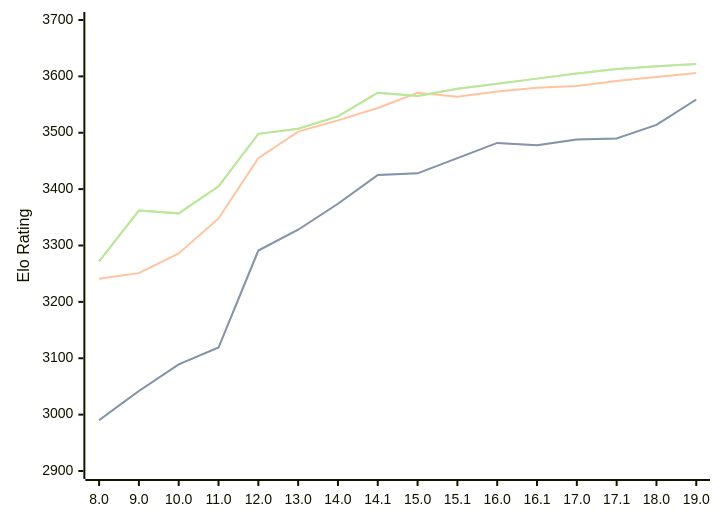
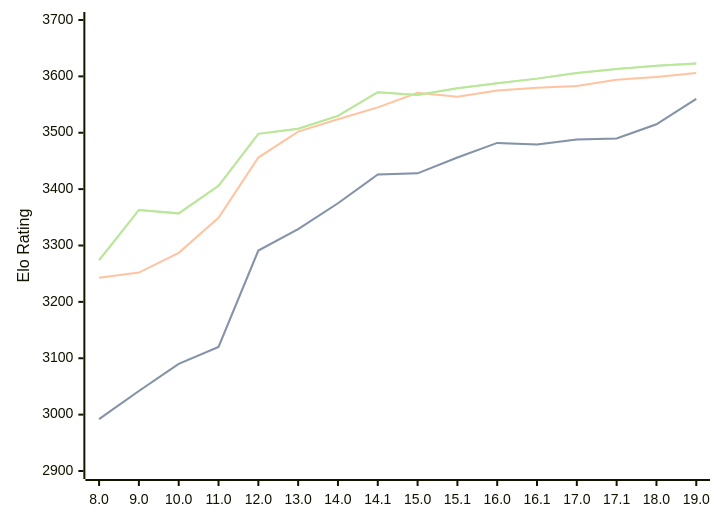
One commit to computer-chess-index/cci changed the diagram in engines/Stockfish.md. Above: the diagram before and after it, drawn with Mermaid. The commit also changed other lines of this file, not shown here.

Commit message:
Update CCI Ratings (ELO VLTC) - 2026-09-16

````diff
--- a/engines/Stockfish.md
+++ b/engines/Stockfish.md
@@ -46,11 +46,11 @@
 ```mermaid
 %%{init: {"theme":"base","themeVariables":{"seriesColors:['#a3a3a3','#222221','#faa371']}}}%%
 xychart-beta
   x-axis ["8.0", "9.0", "10.0", "11.0", "12.0", "13.0", "14.0", "14.1", "15.0", "15.1", "16.0", "16.1", "17.0", "17.1", "18.0", "19.0"]
   y-axis "Elo Rating" 2900 --> 3700
-  line "" [2990, 3042, 3089, 3119, 3291, 3328, 3374, 3425, 3428, 3455, 3482, 3478, 3488, 3490, 3514, 3559]
-  line "STC (8.0+0.08s)" [2990, 3042, 3089, 3119, 3291, 3328, 3374, 3425, 3428, 3455, 3482, 3478, 3488, 3490, 3514, 3559]
-  line "LTC (60.0+0.60s)" [3241, 3251, 3286, 3348, 3455, 3502, 3522, 3544, 3571, 3564, 3573, 3580, 3583, 3592, 3599, 3606]
-  line "" [3272, 3362, 3357, 3405, 3498, 3507, 3529, 3571, 3565, 3578, 3587, 3596, 3605, 3613, 3618, 3622]
-  line "VLTC (2m24s+1.12s)" [3272, 3362, 3357, 3405, 3498, 3507, 3529, 3571, 3565, 3578, 3587, 3596, 3605, 3613, 3618, 3622]
+  line "" [2992, 3042, 3090, 3120, 3291, 3329, 3375, 3426, 3428, 3456, 3482, 3479, 3488, 3490, 3515, 3560]
+  line "STC (8.0+0.08s)" [2992, 3042, 3090, 3120, 3291, 3329, 3375, 3426, 3428, 3456, 3482, 3479, 3488, 3490, 3515, 3560]
+  line "LTC (60.0+0.60s)" [3243, 3252, 3287, 3349, 3456, 3502, 3524, 3545, 3571, 3564, 3575, 3580, 3583, 3594, 3599, 3606]
+  line "" [3274, 3363, 3357, 3406, 3498, 3507, 3530, 3572, 3567, 3579, 3588, 3596, 3606, 3613, 3619, 3623]
+  line "VLTC (2m24s+1.12s)" [3274, 3363, 3357, 3406, 3498, 3507, 3530, 3572, 3567, 3579, 3588, 3596, 3606, 3613, 3619, 3623]
 ```
````
